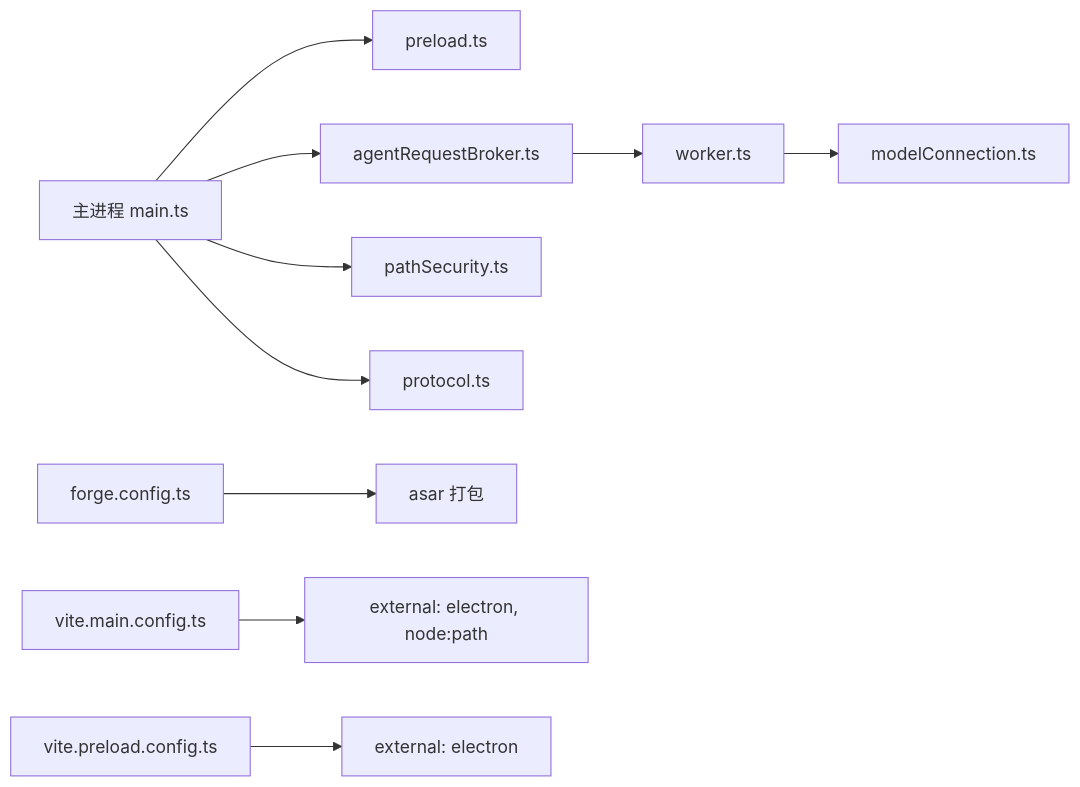
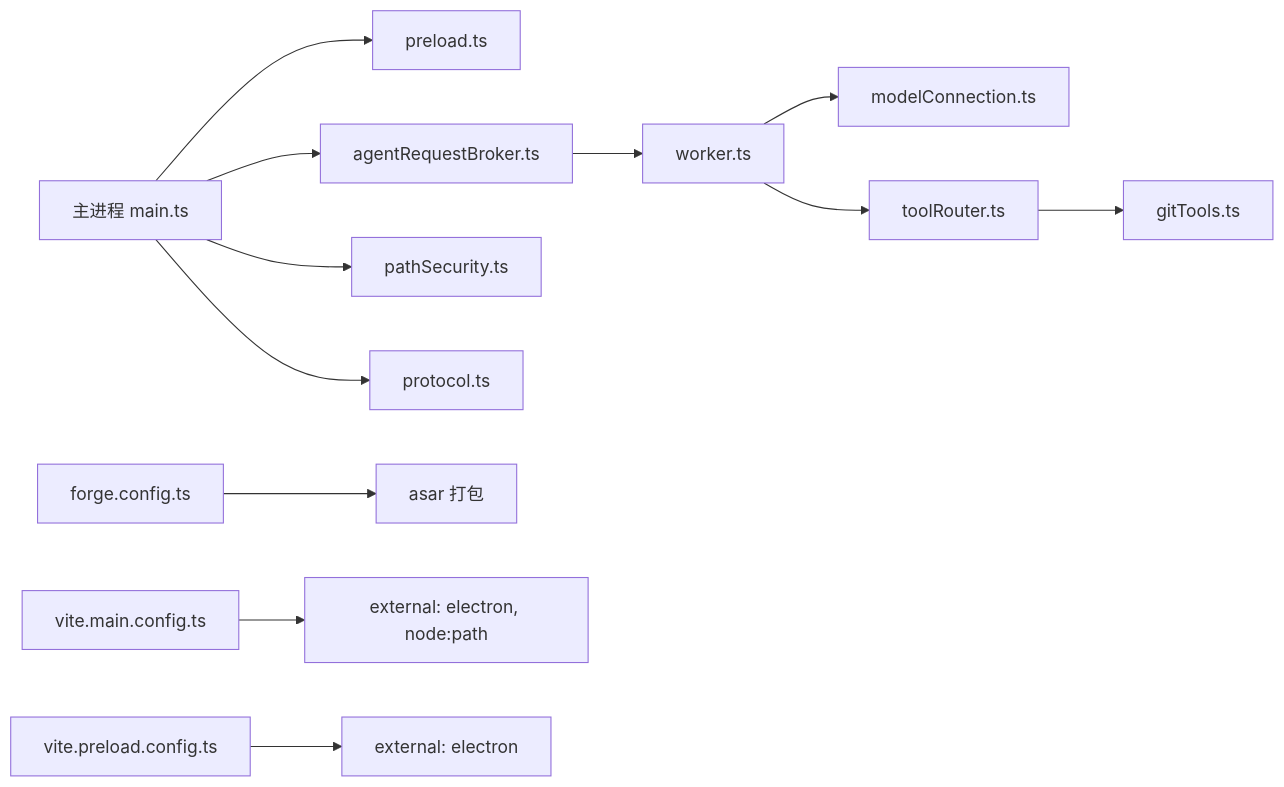
The tenth of 10 diagrams in .qoder/repowiki/zh/content/架构设计/安全模型/安全模型.md (dyx-9163/ai-aifar), drawn with Mermaid before and after one commit. The commit also changed other lines of this file and 34 other files, not shown here.

````diff
--- a/.qoder/repowiki/zh/content/架构设计/安全模型/安全模型.md
+++ b/.qoder/repowiki/zh/content/架构设计/安全模型/安全模型.md
@@ -256,12 +360,14 @@
 ```mermaid
 graph LR
 Main["主进程 main.ts"] --> Preload["preload.ts"]
 Main --> Broker["agentRequestBroker.ts"]
 Main --> PathSec["pathSecurity.ts"]
 Main --> Protocol["protocol.ts"]
 Broker --> Worker["worker.ts"]
 Worker --> ModelConn["modelConnection.ts"]
+Worker --> ToolRouter["toolRouter.ts"]
+ToolRouter --> GitTools["gitTools.ts"]
 Build["forge.config.ts"] --> Pack["asar 打包"]
 ViteMain["vite.main.config.ts"] --> Ext["external: electron, node:path"]
 VitePre["vite.preload.config.ts"] --> Ext2["external: electron"]
 ```
````
